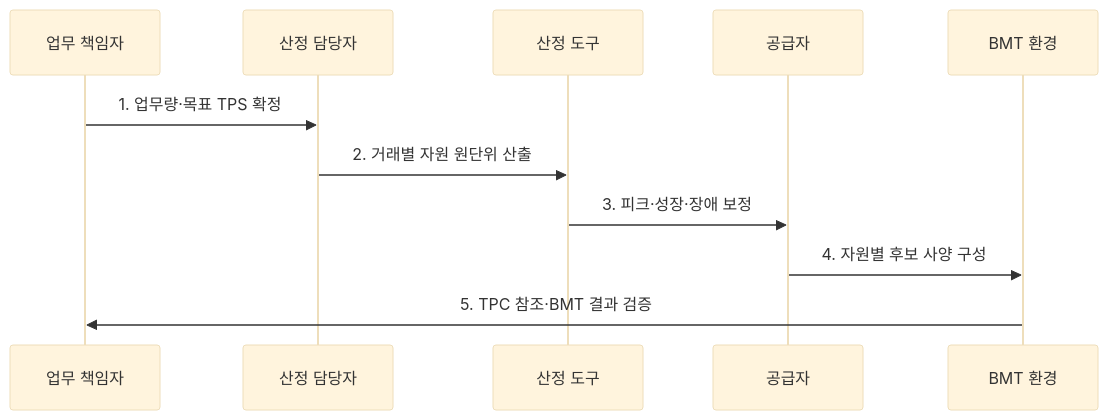
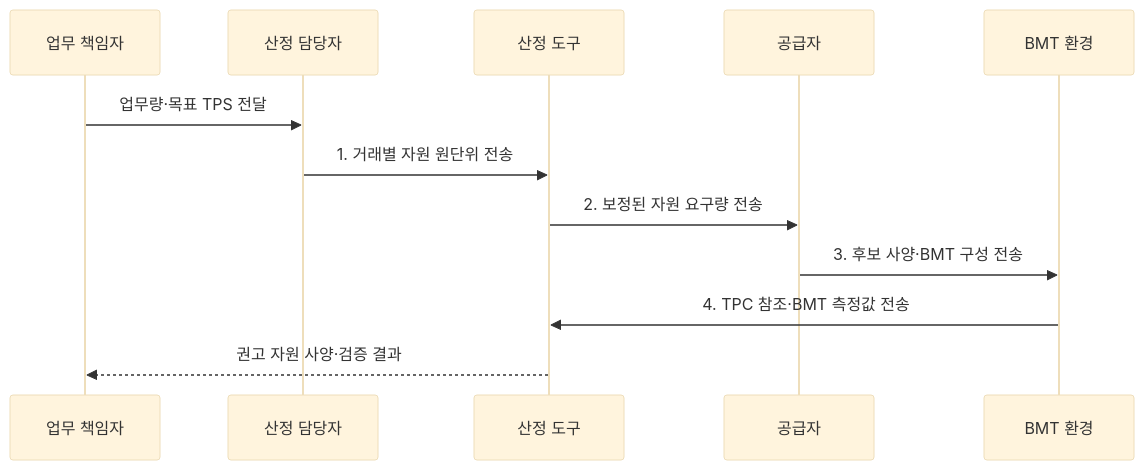
Before and after one commit to agnusdei1207/knowledge-base: the second of 2 diagrams in src/content/docs/notes/06-evaluation/009_hw_sizing_tps_based.md, drawn with Mermaid (base theme). The commit also changed other lines of this file and 20 other files, not shown here.

````diff
--- a/src/content/docs/notes/06-evaluation/009_hw_sizing_tps_based.md
+++ b/src/content/docs/notes/06-evaluation/009_hw_sizing_tps_based.md
@@ -83,13 +84,14 @@
 ```mermaid
 sequenceDiagram
   participant O as 업무 책임자
   participant A as 산정 담당자
   participant C as 산정 도구
   participant V as 공급자
   participant B as BMT 환경
-  O->>A: 1. 업무량·목표 TPS 확정
-  A->>C: 2. 거래별 자원 원단위 산출
-  C->>V: 3. 피크·성장·장애 보정
-  V->>B: 4. 자원별 후보 사양 구성
-  B->>O: 5. TPC 참조·BMT 결과 검증
+  O->>A: 업무량·목표 TPS 전달
+  A->>C: 1. 거래별 자원 원단위 전송
+  C->>V: 2. 보정된 자원 요구량 전송
+  V->>B: 3. 후보 사양·BMT 구성 전송
+  B->>C: 4. TPC 참조·BMT 측정값 전송
+  C-->>O: 권고 자원 사양·검증 결과
 ```
````
